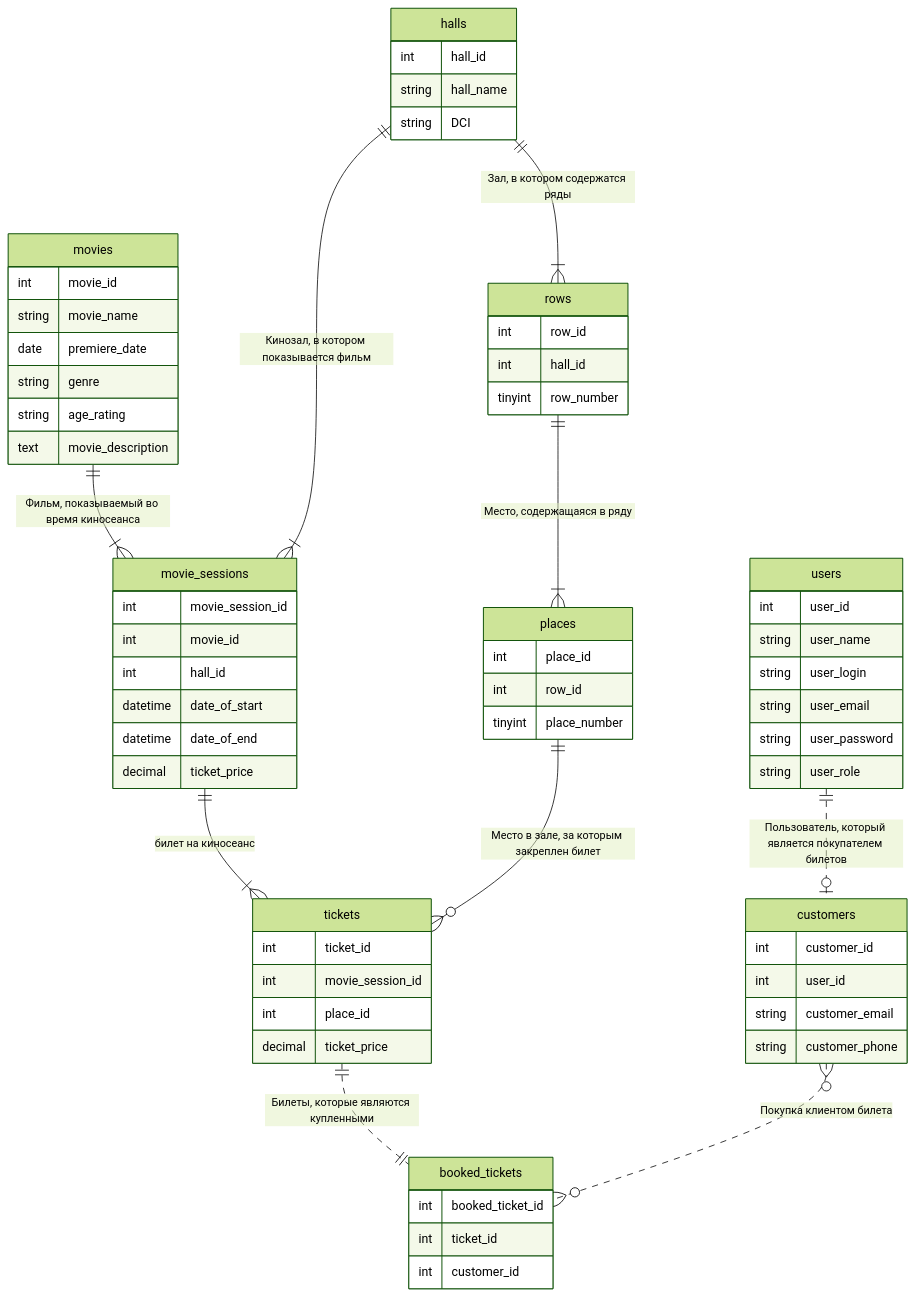
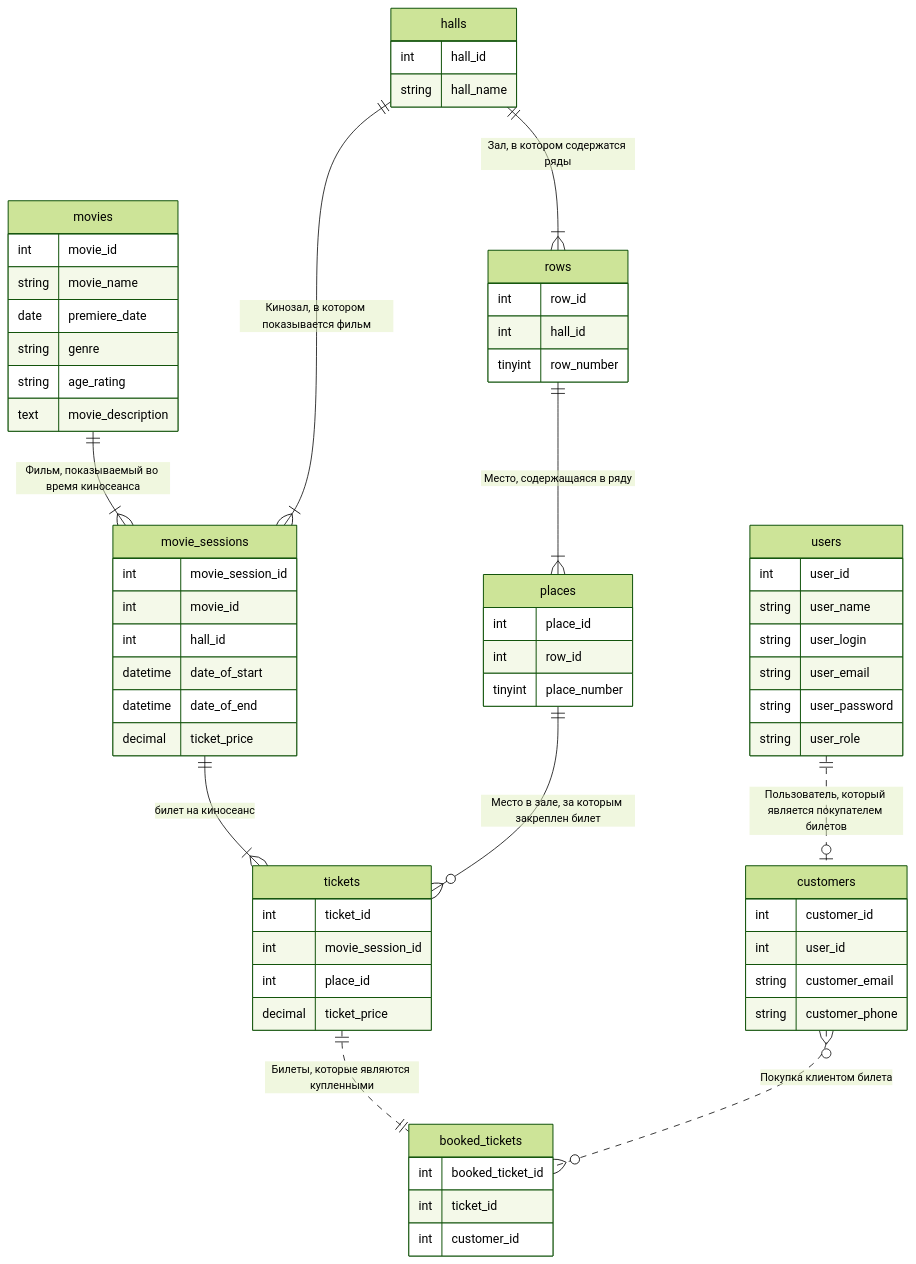
One commit to SomethingAnotherBeer/php_professional_hw changed the diagram in README.md. Above: the diagram before and after it, drawn with Mermaid (forest theme).

Commit message:
remove dci from logic schema

````diff
--- a/README.md
+++ b/README.md
@@ -6,72 +6,71 @@
 ```mermaid
 erDiagram
     
     halls ||--|{ rows: "Зал, в котором содержатся ряды"
     rows || --|{ places: "Место, содержащаяся в ряду"
     halls {
         int hall_id
         string hall_name
-        string DCI
     }
     rows {
         int row_id
         int hall_id
         tinyint row_number
     }
     places {
         int place_id
         int row_id
         tinyint place_number
     }
     movies{
         int movie_id
         string movie_name
         date premiere_date
         string genre
         string age_rating
         text movie_description    
     }
     movie_sessions{
         int movie_session_id
         int movie_id
         int hall_id
         datetime date_of_start
         datetime date_of_end
         decimal ticket_price
     }
     tickets{
         int ticket_id
         int movie_session_id
         int place_id
         decimal ticket_price
     }
     booked_tickets{
         int booked_ticket_id
         int ticket_id
         int customer_id
     }
 
     movies ||-- |{ movie_sessions: "Фильм, показываемый во время киносеанса"
     halls || -- |{ movie_sessions: "Кинозал, в котором показывается фильм"
 
     customers{
         int customer_id
         int user_id
         string customer_email
         string customer_phone
     }
 
     users {
         int user_id
         string user_name
         string user_login
         string user_email
         string user_password
         string user_role
     }
     movie_sessions ||--|{tickets: "билет на киносеанс"
     places ||--o{tickets: "Место в зале, за которым закреплен билет"
     tickets ||..||booked_tickets: "Билеты, которые являются купленными"
     customers}o..o{booked_tickets: "Покупка клиентом билета"
     users || .. o| customers: "Пользователь, который является покупателем билетов"
 ```
````
